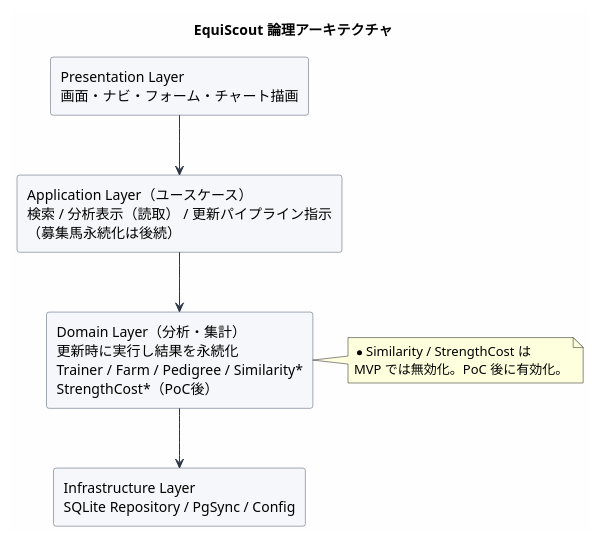
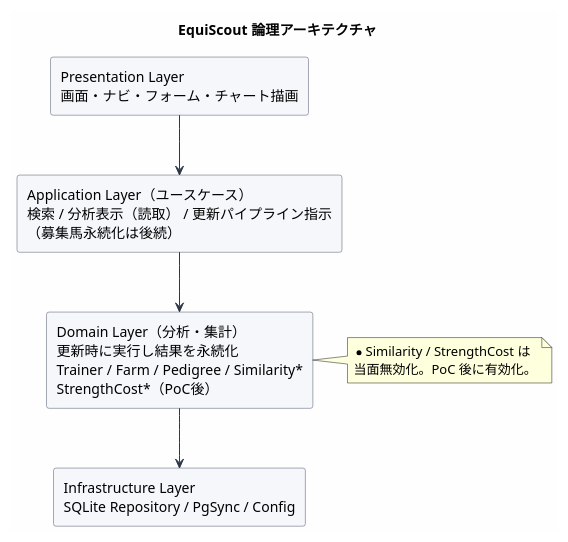
Before and after one commit to betashort/EquiScoutApp: the second of 2 diagrams in doc/02_design/architecture.md, drawn with PlantUML. The commit also changed other lines of this file and 35 other files, not shown here.

````diff
--- a/doc/02_design/architecture.md
+++ b/doc/02_design/architecture.md
@@ -135,27 +135,27 @@
 ```plantuml
 @startuml EquiScout_logical_architecture
 skinparam backgroundColor #FEFEFE
 skinparam rectangle {
   BackgroundColor #F5F7FA
   BorderColor #4A5568
 }
 skinparam ArrowColor #2D3748
 
 title EquiScout 論理アーキテクチャ
 
 rectangle "Presentation Layer\n画面・ナビ・フォーム・チャート描画" as Presentation
 rectangle "Application Layer（ユースケース）\n検索 / 分析表示（読取） / 更新パイプライン指示\n（募集馬永続化は後続）" as Application
 rectangle "Domain Layer（分析・集計）\n更新時に実行し結果を永続化\nTrainer / Farm / Pedigree / Similarity*\nStrengthCost*（PoC後）" as Domain
 rectangle "Infrastructure Layer\nSQLite Repository / PgSync / Config" as Infrastructure
 
 Presentation -down-> Application
 Application -down-> Domain
 Domain -down-> Infrastructure
 
 note right of Domain
   * Similarity / StrengthCost は
-  MVP では無効化。PoC 後に有効化。
+  当面無効化。PoC 後に有効化。
 end note
 
 @enduml
 ```
````
